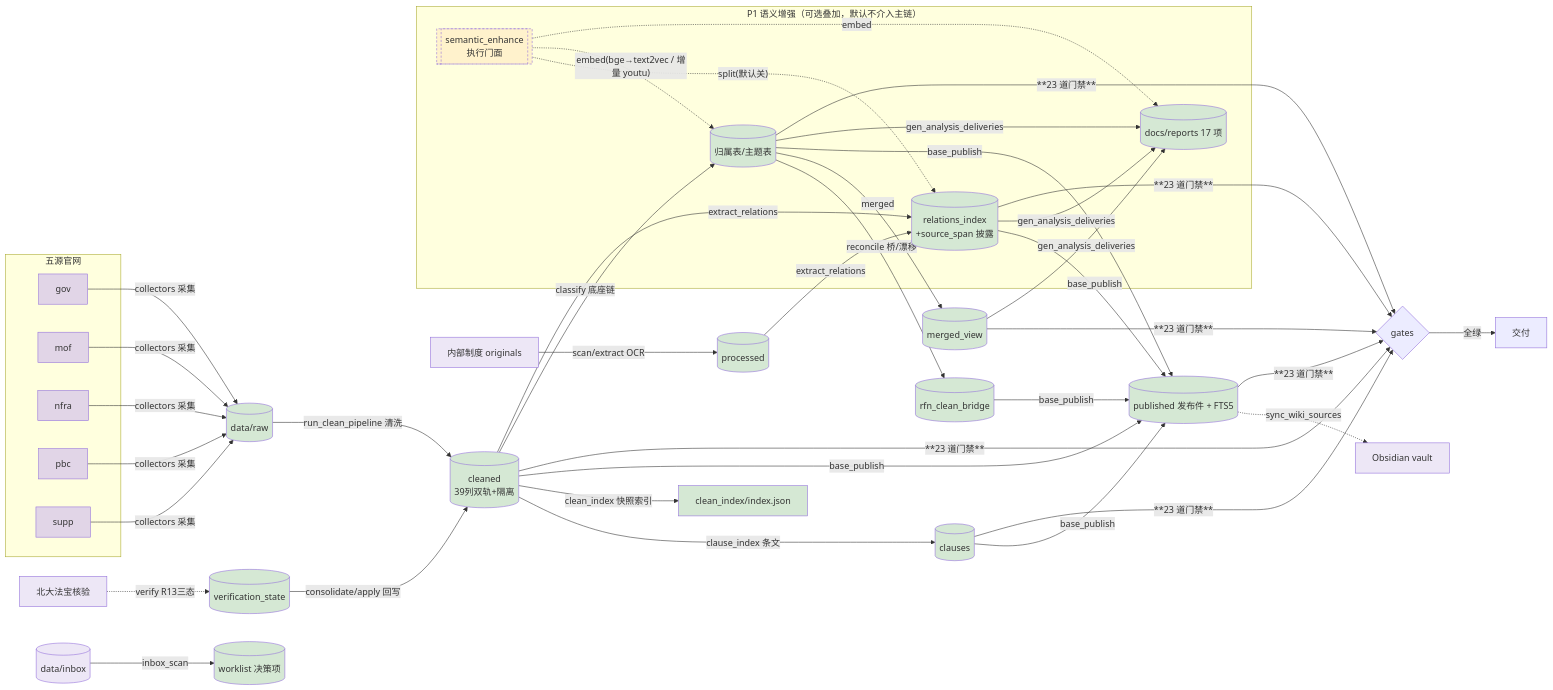
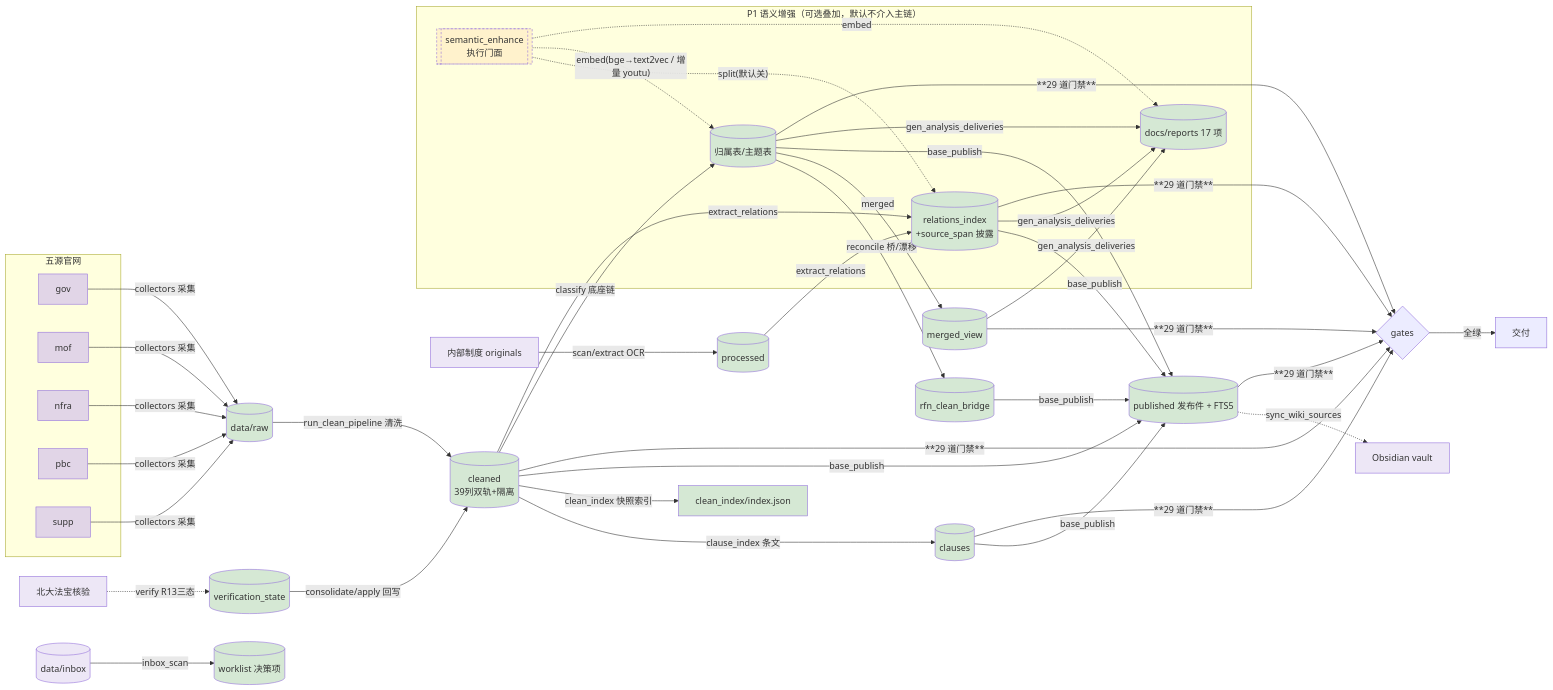
The second of 4 diagrams in README.md (wangtierui/orchestrator), drawn with Mermaid before and after one commit. The commit also changed other lines of this file and 168 other files, not shown here.

````diff
--- a/README.md
+++ b/README.md
@@ -163,38 +163,38 @@
 ```mermaid
 flowchart LR
     subgraph SRC[五源官网]
         G[gov] ; M[mof] ; N[nfra] ; P[pbc] ; S[supp]
     end
     G & M & N & P & S -->|collectors 采集| RAW[(data/raw)]
     RAW -->|run_clean_pipeline 清洗| C[(cleaned<br/>39列双轨+隔离)]
     C -->|clause_index 条文| CL[(clauses)]
     C -->|clean_index 快照索引| CIDX[clean_index/index.json]
     V[北大法宝核验] -.->|verify R13三态| STV[(verification_state)]
     STV -->|consolidate/apply 回写| C
     C -->|classify 底座链| AT[(归属表/主题表)]
     C -->|extract_relations| REL[(relations_index<br/>+source_span 披露)]
     INT[内部制度 originals] -->|scan/extract OCR| PC[(processed)]
     PC -->|extract_relations| REL
     AT -->|reconcile 桥/漂移| BR[(rfn_clean_bridge)]
     AT -->|merged| MV[(merged_view)]
     C & CL & BR & AT & REL -->|base_publish| PUB[(published 发布件 + FTS5)]
     AT & MV & REL -->|gen_analysis_deliveries| AN[(docs/reports 17 项)]
     INBOX[(data/inbox)] -->|inbox_scan| WL[(worklist 决策项)]
     PUB -.->|sync_wiki_sources| KB[Obsidian vault]
-    C & CL & AT & REL & MV & PUB -->|**23 道门禁**| G8{gates}
+    C & CL & AT & REL & MV & PUB -->|**29 道门禁**| G8{gates}
     G8 -->|全绿| OK[交付]
     subgraph P1[P1 语义增强（可选叠加，默认不介入主链）]
         SE[["semantic_enhance<br/>执行门面"]]
         SE -.->|"split(默认关)"| REL
         SE -.->|"embed(bge→text2vec / 增量 youtu)"| AT
         SE -.->|"embed"| AN
     end
     classDef src fill:#e1d5e7
     classDef store fill:#d5e8d4
     classDef ext fill:#ede7f6
     classDef enh fill:#fff2cc,stroke-dasharray:4 3
     class G,M,N,P,S src
     class RAW,C,CL,CIDX,STV,AT,REL,PC,BR,MV,PUB,AN,WL store
     class V,INT,INBOX,KB ext
     class SE enh
 ```
````
